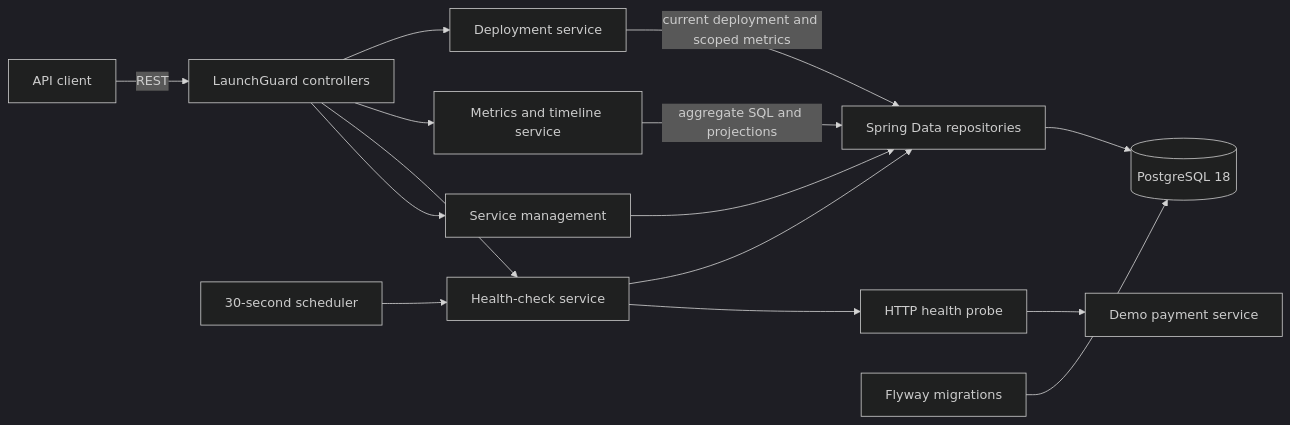
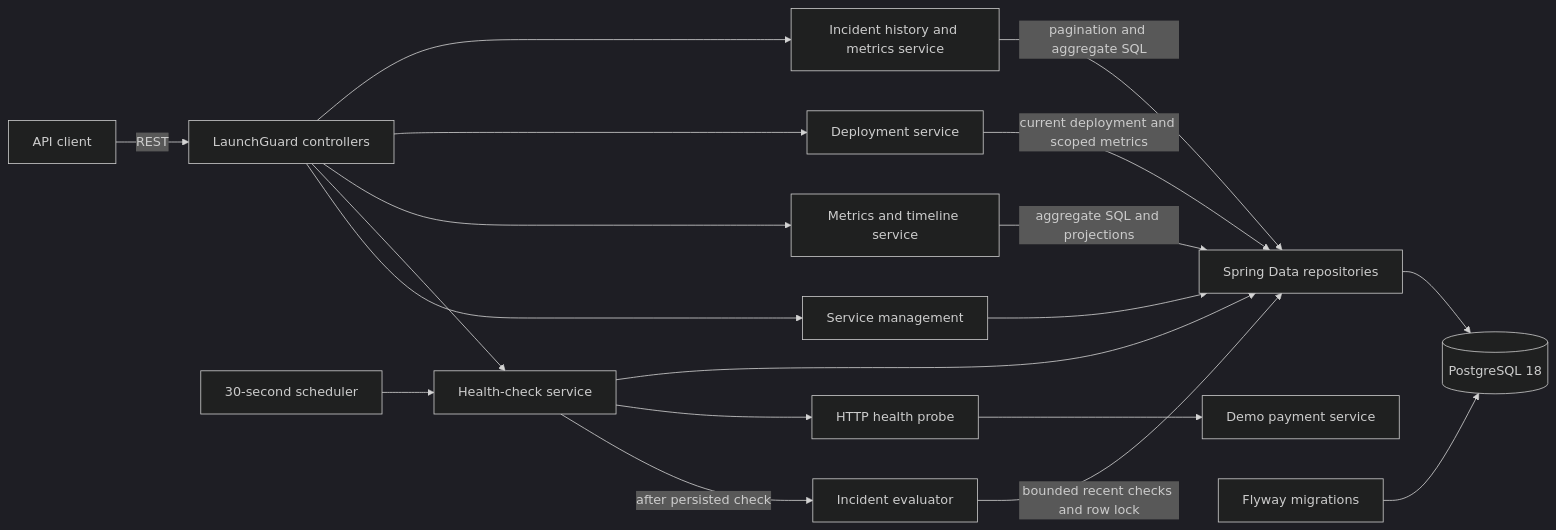
Before and after one commit to doctor277/launchguard: the first of 3 diagrams in README.md, drawn with Mermaid (dark theme). The commit also changed other lines of this file and 33 other files, not shown here.

````diff
--- a/README.md
+++ b/README.md
@@ -37,17 +47,21 @@
 ```mermaid
 flowchart LR
     Client[API client] -->|REST| API[LaunchGuard controllers]
     Scheduler[30-second scheduler] --> Engine[Health-check service]
     API --> Services[Service management]
     API --> Engine
     API --> Analytics[Metrics and timeline service]
     API --> Deployments[Deployment service]
+    API --> Incidents[Incident history and metrics service]
+    Engine -->|after persisted check| Evaluator[Incident evaluator]
     Services --> Repositories[Spring Data repositories]
     Engine --> Probe[HTTP health probe]
     Engine --> Repositories
     Analytics -->|aggregate SQL and projections| Repositories
     Deployments -->|current deployment and scoped metrics| Repositories
+    Incidents -->|pagination and aggregate SQL| Repositories
+    Evaluator -->|bounded recent checks and row lock| Repositories
     Probe --> Payment[Demo payment service]
     Repositories --> PostgreSQL[(PostgreSQL 18)]
     Flyway[Flyway migrations] --> PostgreSQL
 ```
````
